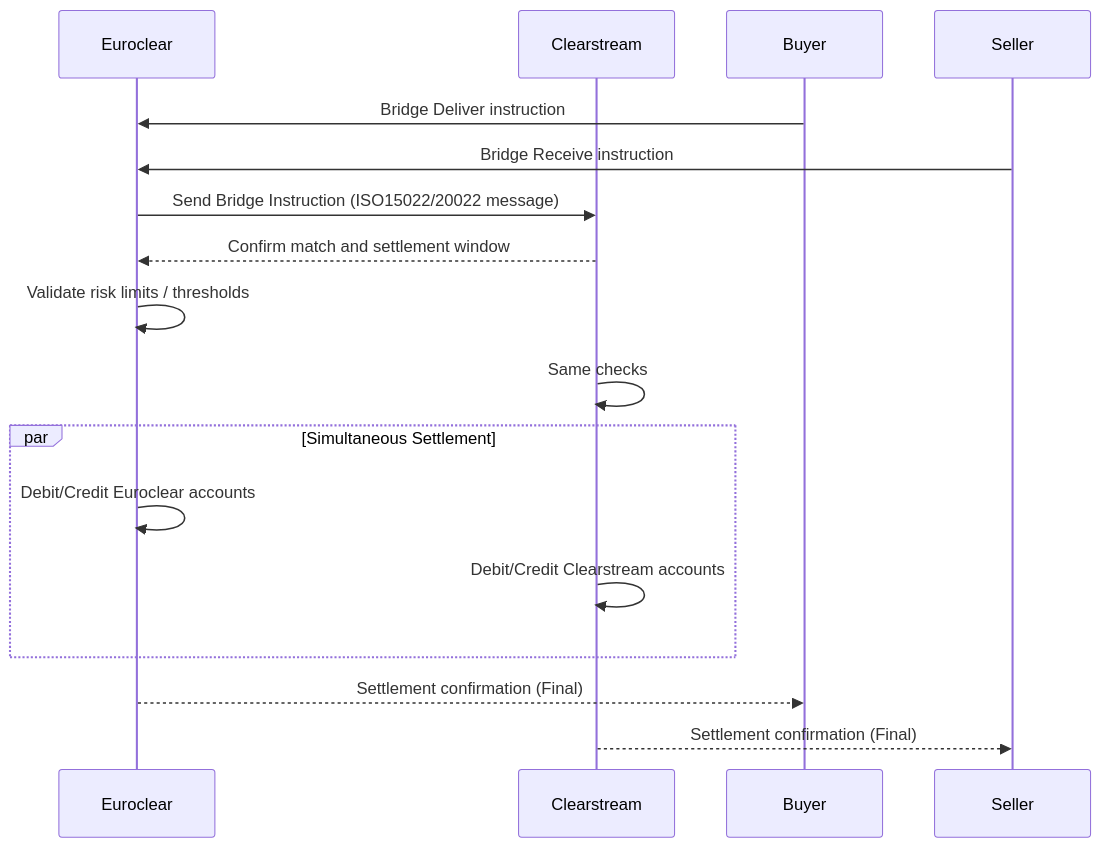
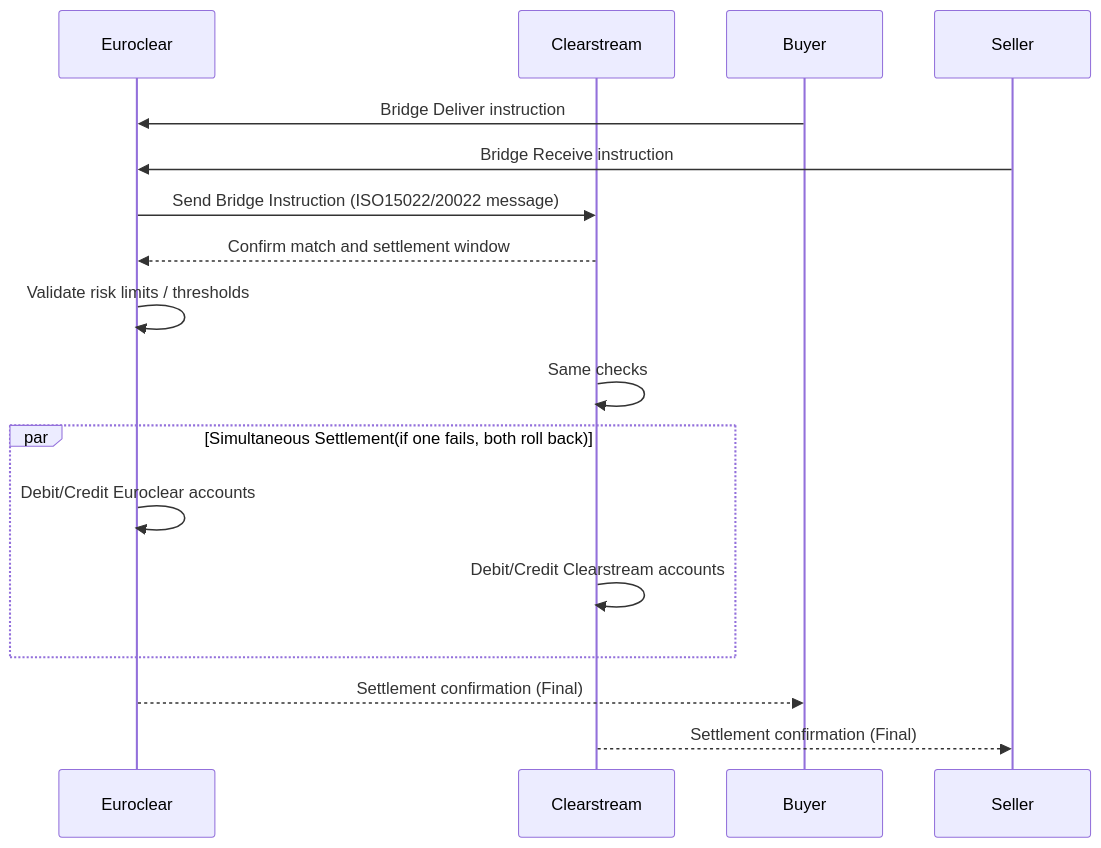
Before and after one commit to RatdeFeu/mini-fmi-design: the diagram in docs/references/euroclear_sequence_bridge.md, drawn with Mermaid.

Commit message:
Update simultaneous settlement description
Clarified simultaneous settlement process to indicate rollback behavior.

````diff
--- a/docs/references/euroclear_sequence_bridge.md
+++ b/docs/references/euroclear_sequence_bridge.md
@@ -1,23 +1,23 @@
 ```mermaid
     sequenceDiagram
     participant ECLR as Euroclear
     participant CLST as Clearstream
     participant Buyer
     participant Seller
 
     Buyer->>ECLR: Bridge Deliver instruction
     Seller->>ECLR: Bridge Receive instruction
     ECLR->>CLST: Send Bridge Instruction (ISO15022/20022 message)
     CLST-->>ECLR: Confirm match and settlement window
 
     ECLR->>ECLR: Validate risk limits / thresholds
     CLST->>CLST: Same checks
 
-    par Simultaneous Settlement
+    par Simultaneous Settlement(if one fails, both roll back)
         ECLR->>ECLR: Debit/Credit Euroclear accounts
         CLST->>CLST: Debit/Credit Clearstream accounts
     end
 
     ECLR-->>Buyer: Settlement confirmation (Final)
     CLST-->>Seller: Settlement confirmation (Final)
 ```
````
